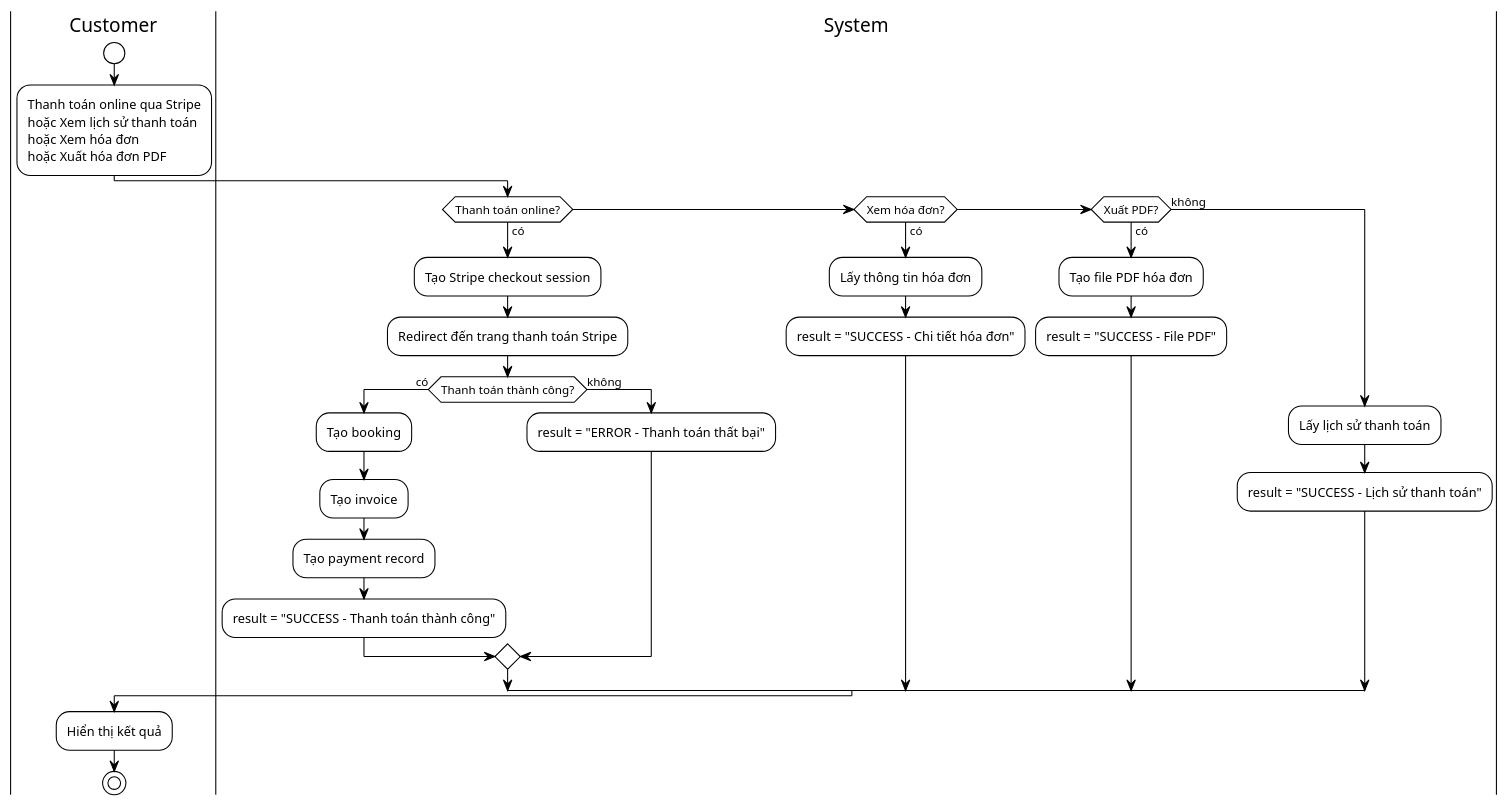
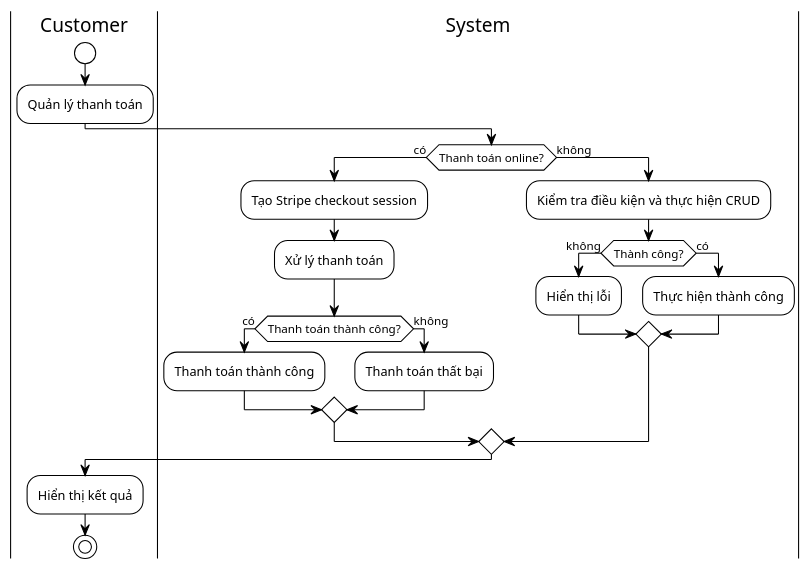
One commit to AnthanBiPhap/Khachsan changed the diagram in Phân tích hệ thống/Sơ đồ hoạt động/ACTIVITY_DIAGRAM_PAYMENT_CUSTOMER.puml. Above: the diagram before and after it, drawn with PlantUML. The commit also changed 65 other files, not shown here.

```diff
--- a/Phân tích hệ thống/Sơ đồ hoạt động/ACTIVITY_DIAGRAM_PAYMENT_CUSTOMER.puml
+++ b/Phân tích hệ thống/Sơ đồ hoạt động/ACTIVITY_DIAGRAM_PAYMENT_CUSTOMER.puml
@@ -1,35 +1,30 @@
 @startuml Activity_Payment_Customer
 !theme plain
 
 |Customer|
 start
-:Thanh toán online qua Stripe\nhoặc Xem lịch sử thanh toán\nhoặc Xem hóa đơn\nhoặc Xuất hóa đơn PDF;
+:Quản lý thanh toán;
 
 |System|
 if (Thanh toán online?) then (có)
     :Tạo Stripe checkout session;
-    :Redirect đến trang thanh toán Stripe;
+    :Xử lý thanh toán;
     if (Thanh toán thành công?) then (có)
-        :Tạo booking;
-        :Tạo invoice;
-        :Tạo payment record;
-        :result = "SUCCESS - Thanh toán thành công";
+        :Thanh toán thành công;
     else (không)
-        :result = "ERROR - Thanh toán thất bại";
+        :Thanh toán thất bại;
     endif
-elseif (Xem hóa đơn?) then (có)
-    :Lấy thông tin hóa đơn;
-    :result = "SUCCESS - Chi tiết hóa đơn";
-elseif (Xuất PDF?) then (có)
-    :Tạo file PDF hóa đơn;
-    :result = "SUCCESS - File PDF";
 else (không)
-    :Lấy lịch sử thanh toán;
-    :result = "SUCCESS - Lịch sử thanh toán";
+    :Kiểm tra điều kiện và thực hiện CRUD;
+    if (Thành công?) then (không)
+        :Hiển thị lỗi;
+    else (có)
+        :Thực hiện thành công;
+    endif
 endif
 
 |Customer|
 :Hiển thị kết quả;
 stop
 
 @enduml
```
